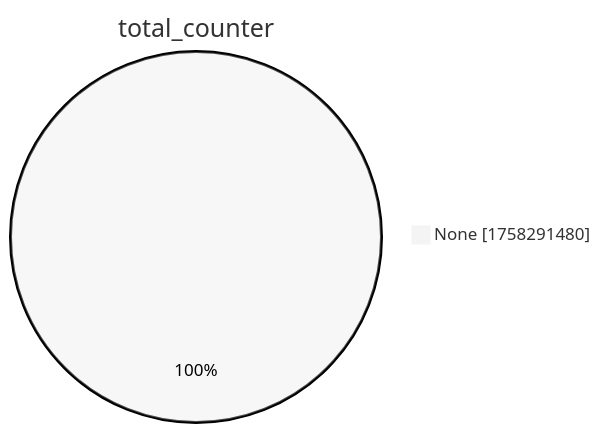
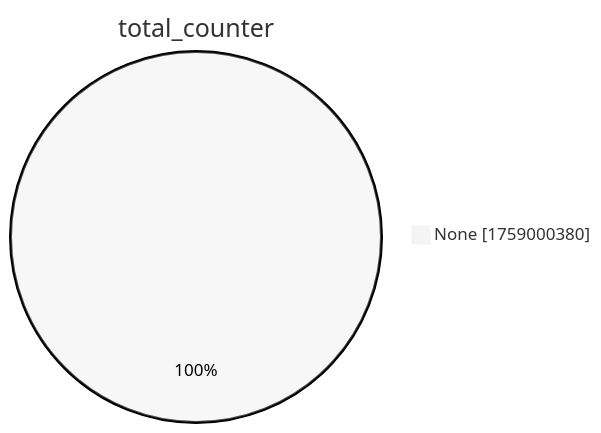
Before and after one commit to christiankrug/ctmonitor_visualization: the second of 15 diagrams in xenon2022/README.md, drawn with Mermaid (neutral theme). The commit also changed other lines of this file, not shown here.

````diff
--- a/xenon2022/README.md
+++ b/xenon2022/README.md
@@ -9,5 +9,5 @@
 ```mermaid
 pie showData
 title total_counter
-"None" :1758291480
+"None" :1759000380
 ```
````
